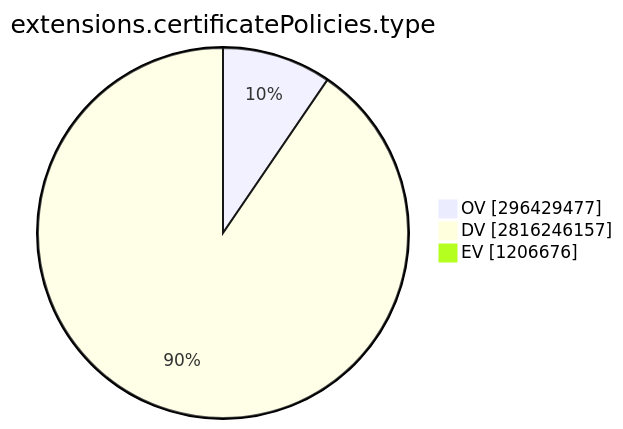
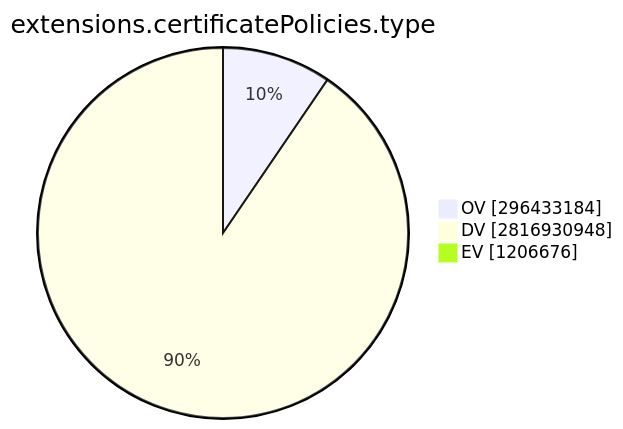
One commit to christiankrug/ctmonitor_visualization changed the ninth of 15 diagrams in TOTAL/README.md. Above: the diagram before and after it, drawn with Mermaid. The commit also changed other lines of this file, not shown here.

````diff
--- a/TOTAL/README.md
+++ b/TOTAL/README.md
@@ -3099,7 +3099,7 @@
 ```mermaid
 pie showData
 title extensions.certificatePolicies.type
-"OV" :296429477
-"DV" :2816246157
+"OV" :296433184
+"DV" :2816930948
 "EV" :1206676
 ```
````
